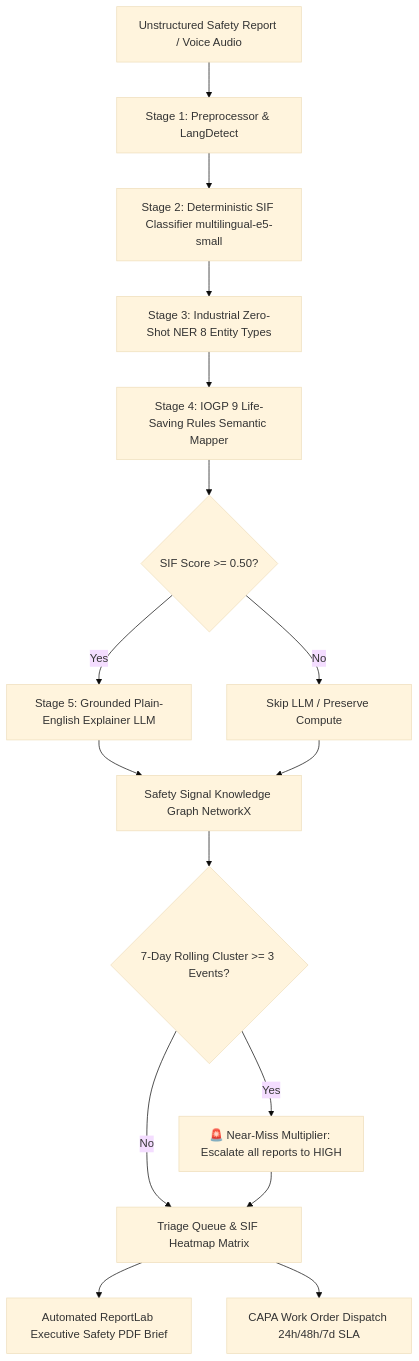
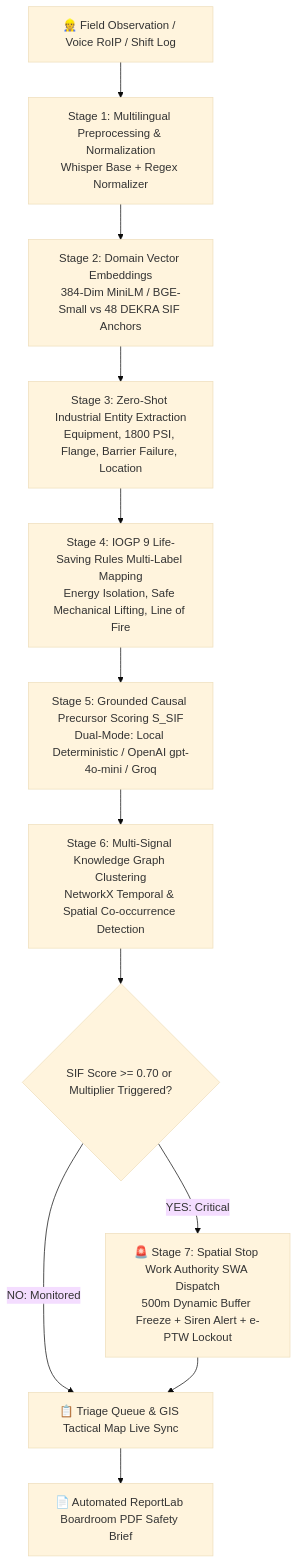
One commit to priy-anshugupta/Sanket-AI changed the diagram in README.md. Above: the diagram before and after it, drawn with Mermaid (base theme). The commit also changed other lines of this file and 2 other files, not shown here.

Commit message:
docs: overhaul README with SIH 2026 executive architecture and clean up repository

````diff
--- a/README.md
+++ b/README.md
@@ -18,18 +36,21 @@
 ```mermaid
-graph TD
-    A[Unstructured Safety Report / Voice Audio] --> B[Stage 1: Preprocessor & LangDetect]
-    B --> C[Stage 2: Deterministic SIF Classifier multilingual-e5-small]
-    C --> D[Stage 3: Industrial Zero-Shot NER 8 Entity Types]
-    D --> E[Stage 4: IOGP 9 Life-Saving Rules Semantic Mapper]
-    E --> F{SIF Score >= 0.50?}
-    F -- Yes --> G[Stage 5: Grounded Plain-English Explainer LLM]
-    F -- No --> H[Skip LLM / Preserve Compute]
-    G --> I[Safety Signal Knowledge Graph NetworkX]
-    H --> I
-    I --> J{7-Day Rolling Cluster >= 3 Events?}
-    J -- Yes --> K[🚨 Near-Miss Multiplier: Escalate all reports to HIGH]
-    J -- No --> L[Triage Queue & SIF Heatmap Matrix]
-    K --> L
-    L --> M[Automated ReportLab Executive Safety PDF Brief]
-    L --> N[CAPA Work Order Dispatch 24h/48h/7d SLA]
+flowchart TD
+    A[👷 Field Observation / Voice RoIP / Shift Log] --> B[Stage 1: Multilingual Preprocessing & Normalization
+Whisper Base + Regex Normalizer]
+    B --> C[Stage 2: Domain Vector Embeddings
+384-Dim MiniLM / BGE-Small vs 48 DEKRA SIF Anchors]
+    C --> D[Stage 3: Zero-Shot Industrial Entity Extraction
+Equipment, 1800 PSI, Flange, Barrier Failure, Location]
+    D --> E[Stage 4: IOGP 9 Life-Saving Rules Multi-Label Mapping
+Energy Isolation, Safe Mechanical Lifting, Line of Fire]
+    E --> F[Stage 5: Grounded Causal Precursor Scoring S_SIF
+Dual-Mode: Local Deterministic / OpenAI gpt-4o-mini / Groq]
+    F --> G[Stage 6: Multi-Signal Knowledge Graph Clustering
+NetworkX Temporal & Spatial Co-occurrence Detection]
+    G --> H{SIF Score >= 0.70 or Multiplier Triggered?}
+    H -- YES: Critical --> I[🚨 Stage 7: Spatial Stop Work Authority SWA Dispatch
+500m Dynamic Buffer Freeze + Siren Alert + e-PTW Lockout]
+    H -- NO: Monitored --> J[📋 Triage Queue & GIS Tactical Map Live Sync]
+    I --> J
+    J --> K[📄 Automated ReportLab Boardroom PDF Safety Brief]
 ```
````
